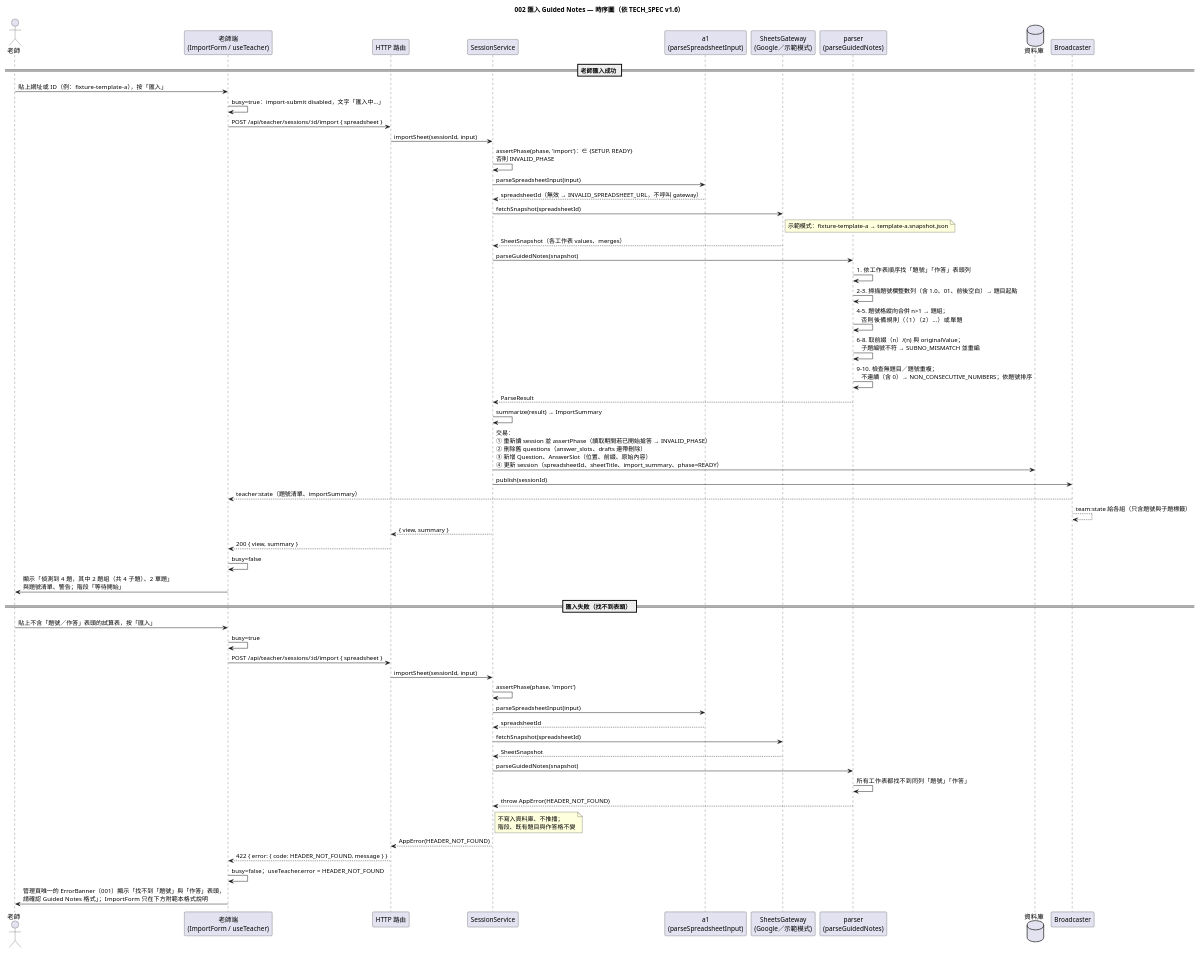
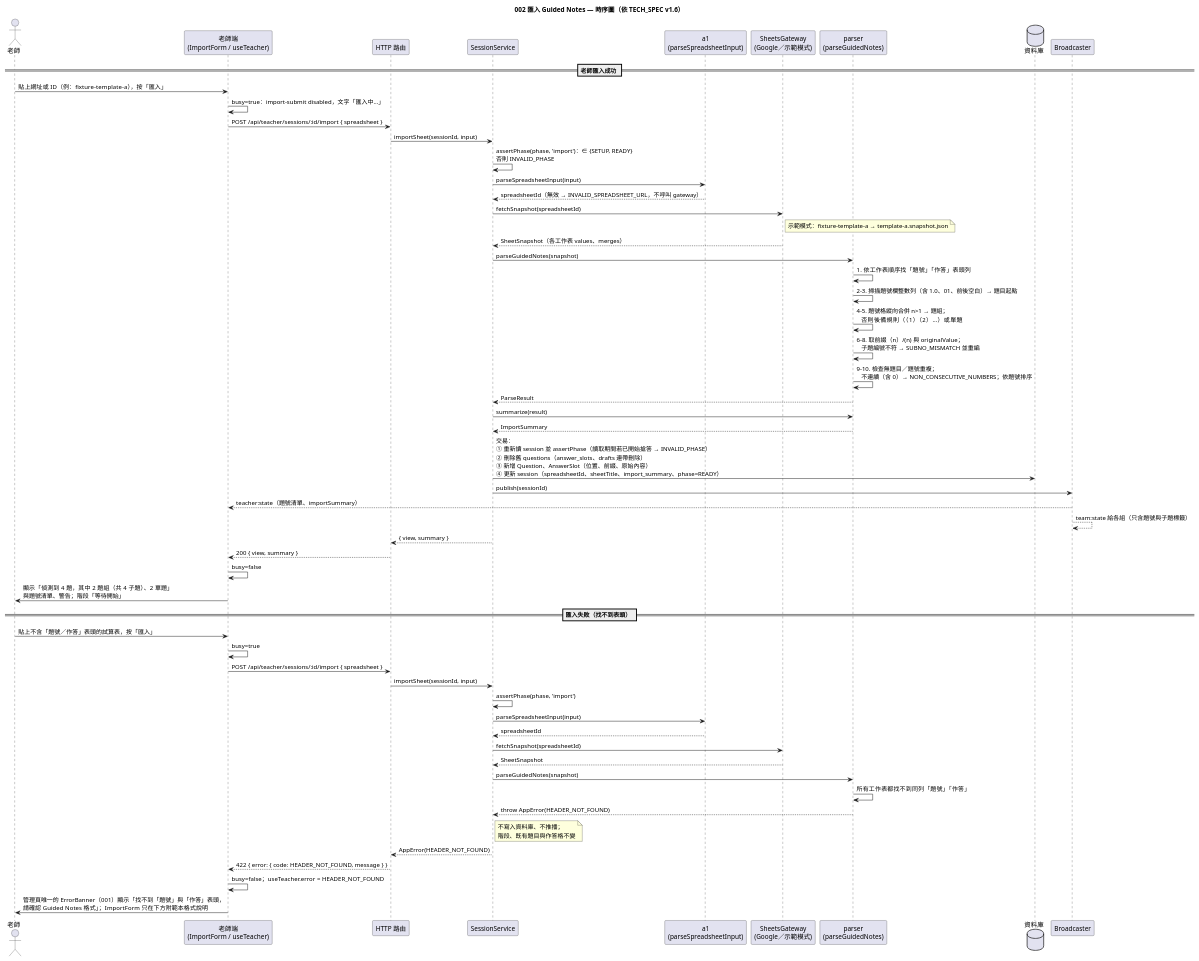
Before and after one commit to mkj-mkj/SE_Final_Project_SpecKit: the diagram in diagrams/002-sequence.puml, drawn with PlantUML. The commit also changed 26 other files, not shown here.

```diff
--- a/diagrams/002-sequence.puml
+++ b/diagrams/002-sequence.puml
@@ -1,59 +1,60 @@
 @startuml 002-sequence
 title 002 匯入 Guided Notes — 時序圖（依 TECH_SPEC v1.6）
 actor 老師 as T
 participant "老師端\n(ImportForm / useTeacher)" as TC
 participant "HTTP 路由" as Http
 participant "SessionService" as Svc
 participant "a1\n(parseSpreadsheetInput)" as A1
 participant "SheetsGateway\n(Google／示範模式)" as GW
 participant "parser\n(parseGuidedNotes)" as P
 database "資料庫" as DB
 participant "Broadcaster" as BC
 
 == 老師匯入成功 ==
 T -> TC : 貼上網址或 ID（例：fixture-template-a），按「匯入」
 TC -> TC : busy=true：import-submit disabled，文字「匯入中…」
 TC -> Http : POST /api/teacher/sessions/:id/import { spreadsheet }
 Http -> Svc : importSheet(sessionId, input)
 Svc -> Svc : assertPhase(phase, 'import')：∈ {SETUP, READY}\n否則 INVALID_PHASE
 Svc -> A1 : parseSpreadsheetInput(input)
 A1 --> Svc : spreadsheetId（無效 → INVALID_SPREADSHEET_URL，不呼叫 gateway）
 Svc -> GW : fetchSnapshot(spreadsheetId)
 note right of GW : 示範模式：fixture-template-a → template-a.snapshot.json
 GW --> Svc : SheetSnapshot（各工作表 values、merges）
 Svc -> P : parseGuidedNotes(snapshot)
 P -> P : 1. 依工作表順序找「題號」「作答」表頭列
 P -> P : 2–3. 掃描題號欄整數列（含 1.0、01、前後空白）→ 題目起點
 P -> P : 4–5. 題號格縱向合併 n>1 → 題組；\n   否則後備規則（（1）（2）…）或單題
 P -> P : 6–8. 取前綴（n）/(n) 與 originalValue；\n   子題編號不符 → SUBNO_MISMATCH 並重編
 P -> P : 9–10. 檢查無題目／題號重複；\n   不連續（含 0）→ NON_CONSECUTIVE_NUMBERS；依題號排序
 P --> Svc : ParseResult
-Svc -> Svc : summarize(result) → ImportSummary
+Svc -> P : summarize(result)
+P --> Svc : ImportSummary
 Svc -> DB : 交易：\n① 重新讀 session 並 assertPhase（讀取期間若已開始搶答 → INVALID_PHASE）\n② 刪除舊 questions（answer_slots、drafts 連帶刪除）\n③ 新增 Question、AnswerSlot（位置、前綴、原始內容）\n④ 更新 session（spreadsheetId、sheetTitle、import_summary、phase=READY）
 Svc -> BC : publish(sessionId)
 BC --> TC : teacher:state（題號清單、importSummary）
 BC --> BC : team:state 給各組（只含題號與子題標籤）
 Svc --> Http : { view, summary }
 Http --> TC : 200 { view, summary }
 TC -> TC : busy=false
 TC -> T : 顯示「偵測到 4 題，其中 2 題組（共 4 子題）、2 單題」\n與題號清單、警告；階段「等待開始」
 
 == 匯入失敗（找不到表頭） ==
 T -> TC : 貼上不含「題號／作答」表頭的試算表，按「匯入」
 TC -> TC : busy=true
 TC -> Http : POST /api/teacher/sessions/:id/import { spreadsheet }
 Http -> Svc : importSheet(sessionId, input)
 Svc -> Svc : assertPhase(phase, 'import')
 Svc -> A1 : parseSpreadsheetInput(input)
 A1 --> Svc : spreadsheetId
 Svc -> GW : fetchSnapshot(spreadsheetId)
 GW --> Svc : SheetSnapshot
 Svc -> P : parseGuidedNotes(snapshot)
 P -> P : 所有工作表都找不到同列「題號」「作答」
 P --> Svc : throw AppError(HEADER_NOT_FOUND)
 note right of Svc : 不寫入資料庫、不推播；\n階段、既有題目與作答格不變
 Svc --> Http : AppError(HEADER_NOT_FOUND)
 Http --> TC : 422 { error: { code: HEADER_NOT_FOUND, message } }
 TC -> TC : busy=false；useTeacher.error = HEADER_NOT_FOUND
 TC -> T : 管理頁唯一的 ErrorBanner（001）顯示「找不到「題號」與「作答」表頭，\n請確認 Guided Notes 格式」；ImportForm 只在下方附範本格式說明
 @enduml
```
